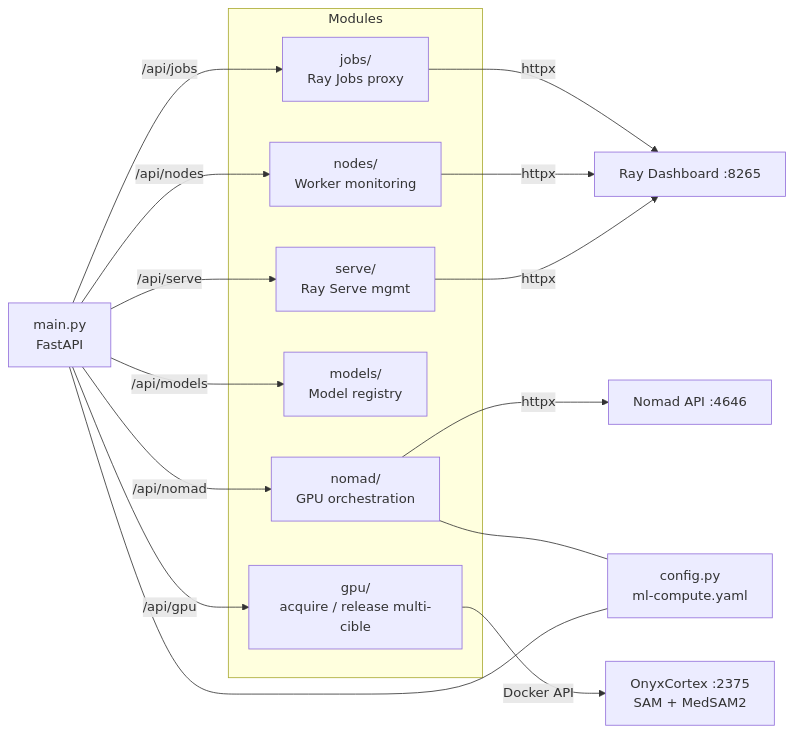
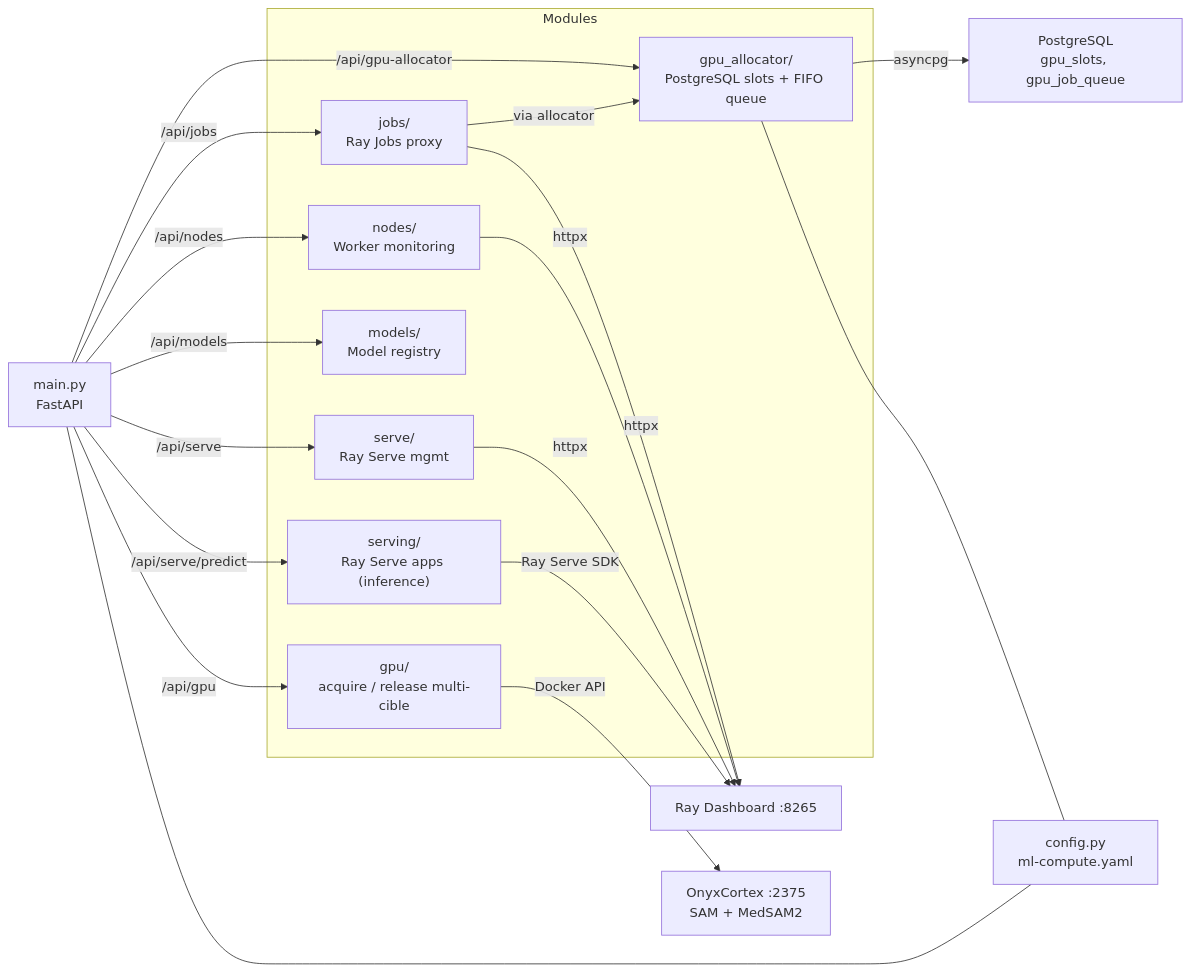
The seventh of 7 diagrams in DIAGRAM.md (VersoVet/ml-compute), drawn with Mermaid before and after one commit. The commit also changed other lines of this file and 60 other files, not shown here.

````diff
--- a/DIAGRAM.md
+++ b/DIAGRAM.md
@@ -199,33 +235,37 @@
 ```mermaid
 graph LR
     Main["main.py<br/>FastAPI"]
 
     subgraph Modules
         Jobs["jobs/<br/>Ray Jobs proxy"]
         Nodes["nodes/<br/>Worker monitoring"]
         Serve["serve/<br/>Ray Serve mgmt"]
         Models["models/<br/>Model registry"]
-        Nomad["nomad/<br/>GPU orchestration"]
+        GPUAlloc["gpu_allocator/<br/>PostgreSQL slots + FIFO queue"]
         GPU["gpu/<br/>acquire / release multi-cible"]
+        Serving["serving/<br/>Ray Serve apps (inference)"]
     end
 
     Main -->|/api/jobs| Jobs
     Main -->|/api/nodes| Nodes
     Main -->|/api/serve| Serve
     Main -->|/api/models| Models
-    Main -->|/api/nomad| Nomad
+    Main -->|/api/gpu-allocator| GPUAlloc
     Main -->|/api/gpu| GPU
+    Main -->|/api/serve/predict| Serving
 
     RayDash["Ray Dashboard :8265"]
-    NomadAPI["Nomad API :4646"]
+    PG["PostgreSQL<br/>gpu_slots, gpu_job_queue"]
 
     Jobs -->|httpx| RayDash
     Nodes -->|httpx| RayDash
     Serve -->|httpx| RayDash
-    Nomad -->|httpx| NomadAPI
+    Serving -->|Ray Serve SDK| RayDash
+    GPUAlloc -->|asyncpg| PG
+    Jobs -->|via allocator| GPUAlloc
     GPU -->|Docker API| CortexDocker["OnyxCortex :2375<br/>SAM + MedSAM2"]
 
     Config["config.py<br/>ml-compute.yaml"]
-    Nomad --- Config
+    GPUAlloc --- Config
     Main --- Config
 ```
````
